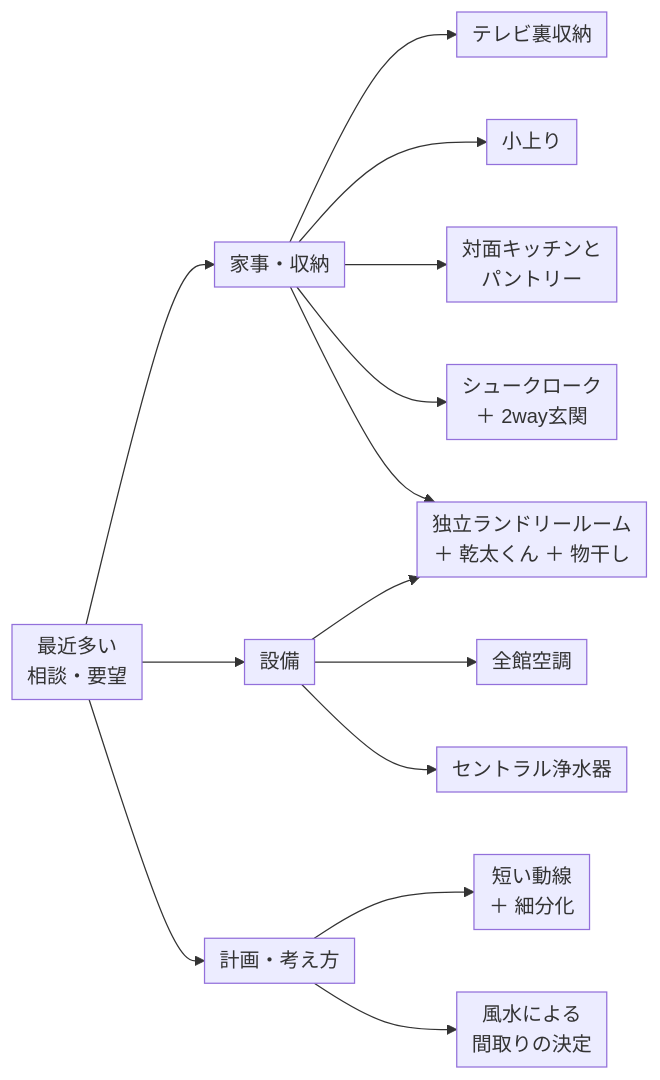
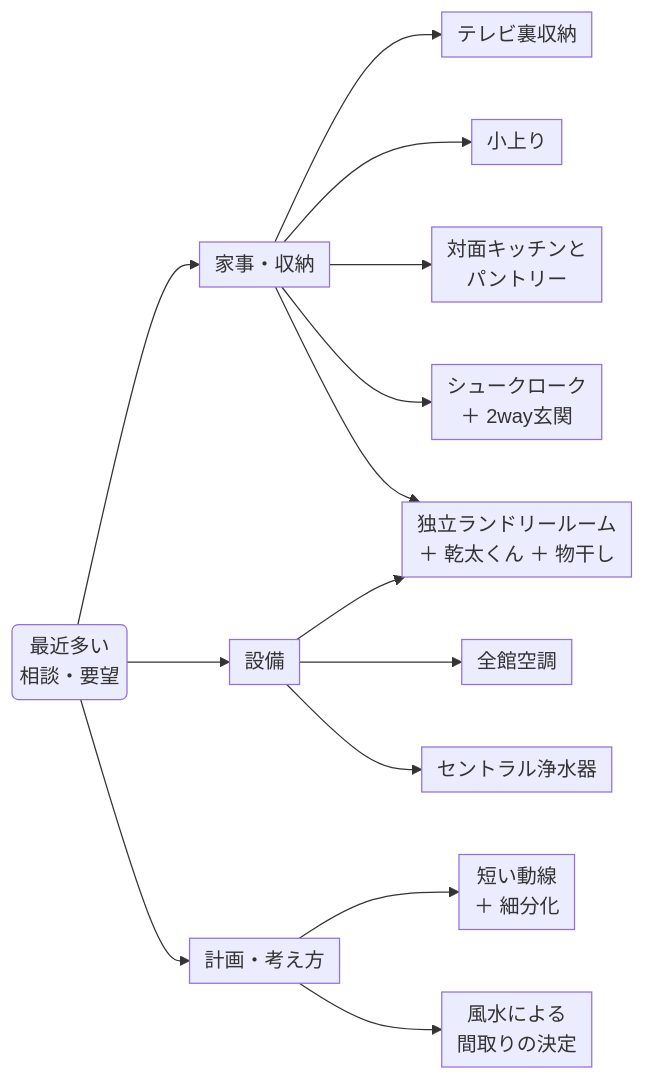
The first of 2 diagrams in content/纒/マーメイドの練習.md (hyodoarch/buryoshaki), drawn with Mermaid before and after one commit. The commit also changed other lines of this file and 12 other files, not shown here.

````diff
--- a/content/纒/マーメイドの練習.md
+++ b/content/纒/マーメイドの練習.md
@@ -7,26 +7,26 @@
 ```mermaid
 ---
 config:
     flowchart:
         padding: 6
 ---
 flowchart LR
-    A["最近多い<br>相談・要望"]
+    A("最近多い<br>相談・要望")
 
     A --> B["家事・収納"]
     A --> C["設備"]
     A --> D["計画・考え方"]
 
     B --> B1["テレビ裏収納"]
     B --> B2["小上り"]
     B --> B3["対面キッチンと<br>パントリー"]
     B --> B4["シュークローク<br>＋ 2way玄関"]
     B --> C1["独立ランドリールーム<br>＋ 乾太くん ＋ 物干し"]
 
     C --> C1
     C --> C2["全館空調"]
     C --> C3["セントラル浄水器"]
 
     D --> D1["短い動線<br>＋ 細分化"]
     D --> D2["風水による<br>間取りの決定"]
 ```
````
